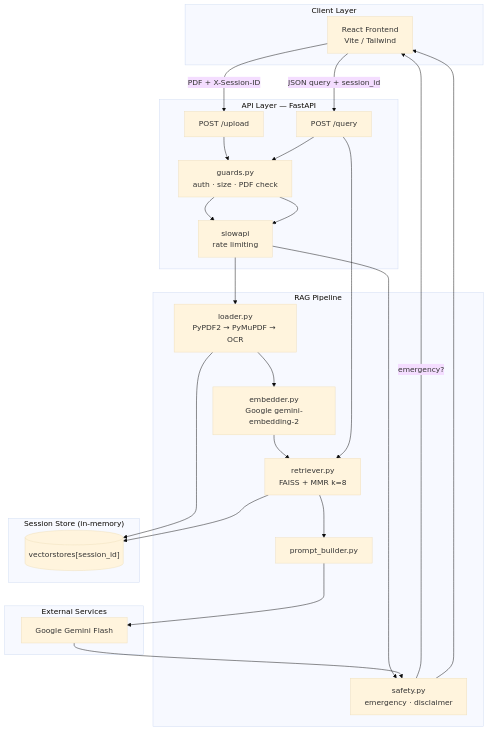
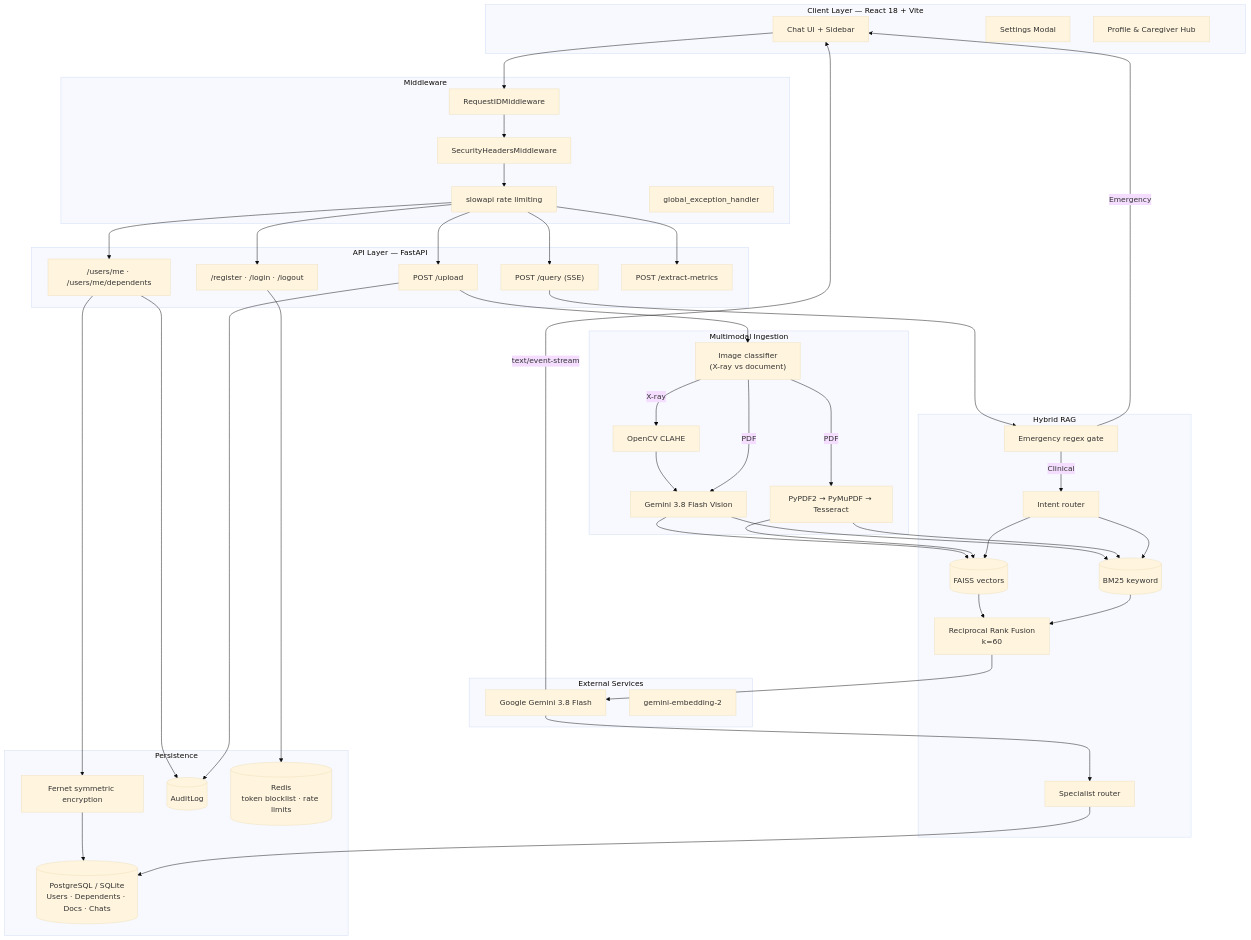
Before and after one commit to AdityaSharma2k04/MediSkye: the first of 3 diagrams in README.md, drawn with Mermaid (base theme). The commit also changed other lines of this file, not shown here.

````diff
--- a/README.md
+++ b/README.md
@@ -63,38 +67,70 @@
 ```mermaid
 flowchart TB
-    subgraph Client["Client Layer"]
-        UI["React Frontend<br/>Vite / Tailwind"]
+    subgraph Client["Client Layer — React 18 + Vite"]
+        UI["Chat UI + Sidebar"]
+        SET["Settings Modal"]
+        PROF["Profile & Caregiver Hub"]
     end
 
     subgraph API["API Layer — FastAPI"]
+        AUTH["/register · /login · /logout"]
+        USER["/users/me · /users/me/dependents"]
         UP["POST /upload"]
-        Q["POST /query"]
-        G["guards.py<br/>auth · size · PDF check"]
-        RL["slowapi<br/>rate limiting"]
+        Q["POST /query (SSE)"]
+        MET["POST /extract-metrics"]
     end
 
-    subgraph RAG["RAG Pipeline"]
-        L["loader.py<br/>PyPDF2 → PyMuPDF → OCR"]
-        E["embedder.py<br/>Google gemini-embedding-2"]
-        R["retriever.py<br/>FAISS + MMR k=8"]
-        P["prompt_builder.py"]
-        S["safety.py<br/>emergency · disclaimer"]
+    subgraph MW["Middleware"]
+        RID["RequestIDMiddleware"]
+        SEC["SecurityHeadersMiddleware"]
+        RL["slowapi rate limiting"]
+        ERR["global_exception_handler"]
+    end
+
+    subgraph Extract["Multimodal Ingestion"]
+        CLASS["Image classifier<br/>(X-ray vs document)"]
+        CLAHE["OpenCV CLAHE"]
+        VIS["Gemini 3.8 Flash Vision"]
+        OCR["PyPDF2 → PyMuPDF → Tesseract"]
+    end
+
+    subgraph RAG["Hybrid RAG"]
+        EMERG["Emergency regex gate"]
+        INTENT["Intent router"]
+        FAISS_IDX[("FAISS vectors")]
+        BM25_IDX[("BM25 keyword")]
+        RRF["Reciprocal Rank Fusion<br/>k=60"]
+        SPEC["Specialist router"]
+    end
+
+    subgraph Store["Persistence"]
+        DB[("PostgreSQL / SQLite<br/>Users · Dependents · Docs · Chats")]
+        ENC["Fernet symmetric encryption"]
+        AUDIT[("AuditLog")]
+        REDIS[("Redis<br/>token blocklist · rate limits")]
     end
 
     subgraph External["External Services"]
-        GEM["Google Gemini Flash"]
+        GEMGEN["Google Gemini 3.8 Flash"]
+        GEMEMB["gemini-embedding-2"]
     end
 
-    subgraph Store["Session Store (in-memory)"]
-        VS[("vectorstores[session_id]")]
-    end
-
-    UI -->|"PDF + X-Session-ID"| UP
-    UI -->|"JSON query + session_id"| Q
-    UP --> G --> RL --> L --> E --> R
-    L --> VS
-    Q --> G --> RL --> S
-    S -->|"emergency?"| UI
-    Q --> R --> VS
-    R --> P --> GEM --> S --> UI
+    UI --> RID --> SEC --> RL
+    RL --> AUTH & USER & UP & Q & MET
+    AUTH --> REDIS
+    USER --> ENC --> DB
+    USER --> AUDIT
+    UP --> CLASS
+    CLASS -->|X-ray| CLAHE --> VIS
+    CLASS -->|PDF| OCR & VIS
+    VIS & OCR --> FAISS_IDX & BM25_IDX
+    UP --> AUDIT
+    Q --> EMERG
+    EMERG -->|Emergency| UI
+    EMERG -->|Clinical| INTENT
+    INTENT --> FAISS_IDX & BM25_IDX
+    FAISS_IDX & BM25_IDX --> RRF
+    RRF --> GEMGEN
+    GEMGEN --> SPEC --> DB
+    GEMGEN -->|"text/event-stream"| UI
 ```
````
